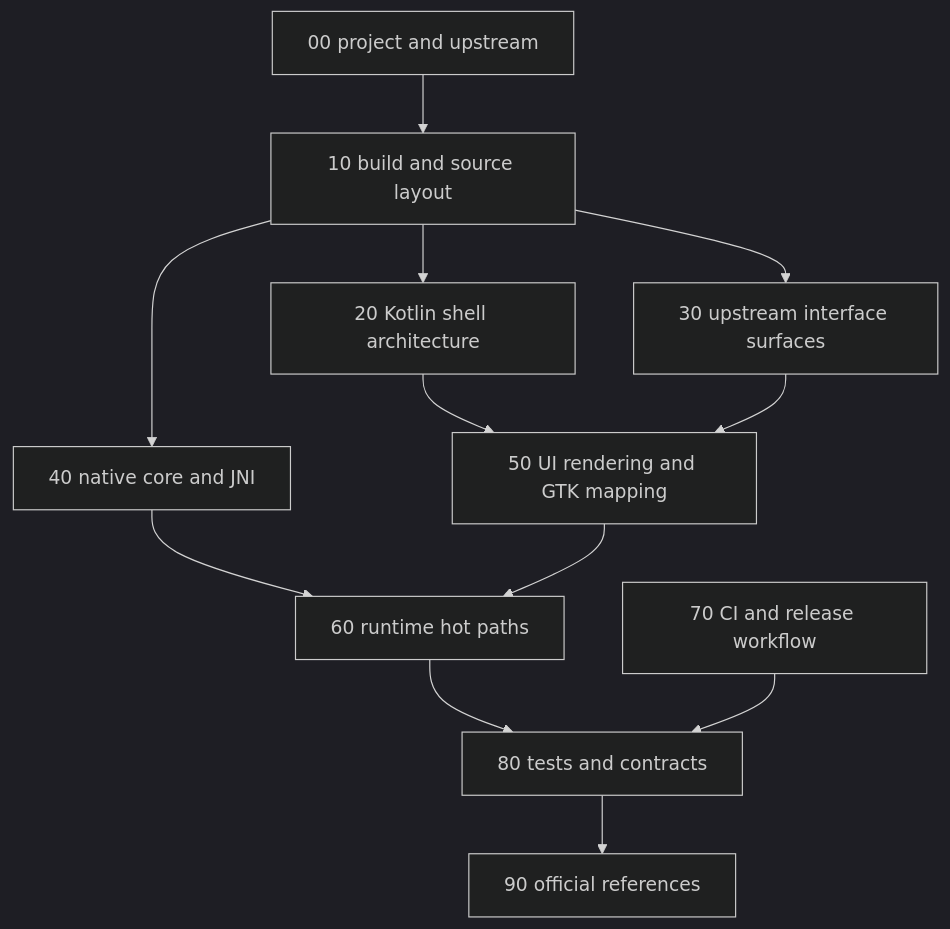
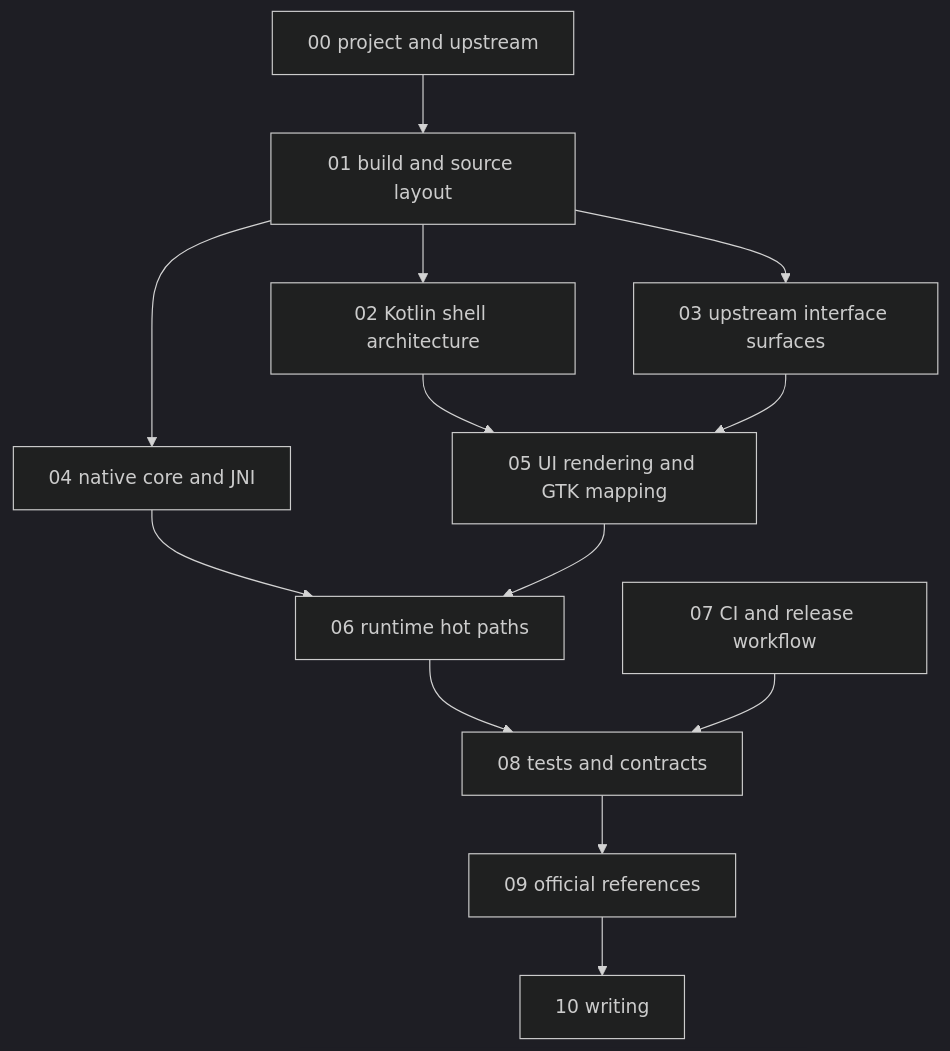
The diagram in android/docs/dev/README.md (ppigazzini/r47zen), drawn with Mermaid (dark theme) before and after one commit. The commit also changed other lines of this file and 15 other files, not shown here.

````diff
--- a/android/docs/dev/README.md
+++ b/android/docs/dev/README.md
@@ -14,25 +14,27 @@
 ```mermaid
 flowchart TD
   A[00 project and upstream]
-  B[10 build and source layout]
-  C[20 Kotlin shell architecture]
-  D[30 upstream interface surfaces]
-  E[40 native core and JNI]
-  F[50 UI rendering and GTK mapping]
-  G[60 runtime hot paths]
-  H[70 CI and release workflow]
-  I[80 tests and contracts]
-  J[90 official references]
+  B[01 build and source layout]
+  C[02 Kotlin shell architecture]
+  D[03 upstream interface surfaces]
+  E[04 native core and JNI]
+  F[05 UI rendering and GTK mapping]
+  G[06 runtime hot paths]
+  H[07 CI and release workflow]
+  I[08 tests and contracts]
+  J[09 official references]
+  K[10 writing]
 
   A --> B
   B --> C
   B --> D
   B --> E
   C --> F
   D --> F
   E --> G
   F --> G
   G --> I
   H --> I
   I --> J
+  J --> K
 ```
````
